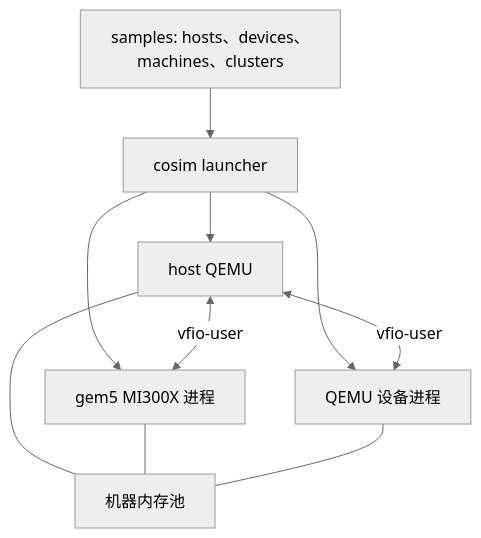
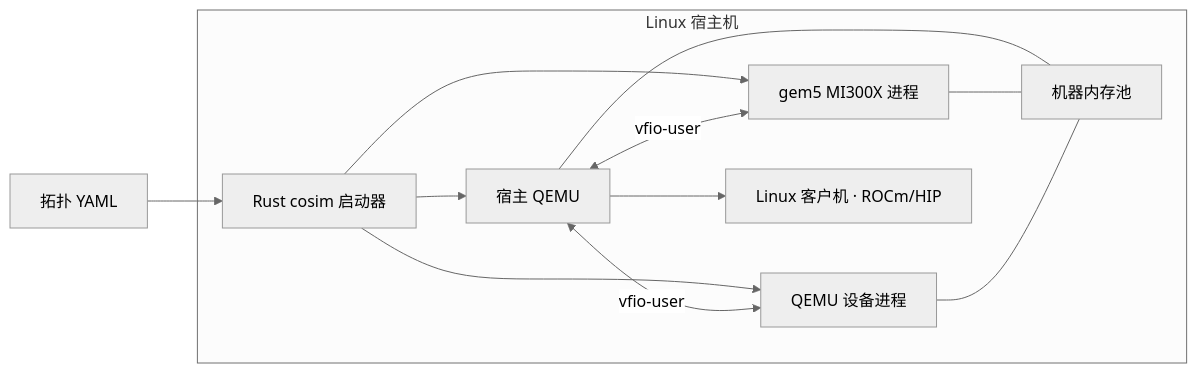
The diagram in README.zh.md (chengchen512/cosim-gpu), drawn with Mermaid (neutral theme) before and after one commit. The commit also changed other lines of this file and 1 other file, not shown here.

````diff
--- a/README.zh.md
+++ b/README.zh.md
@@ -9,12 +32,16 @@
-```mermaid
-flowchart TD
-    YAML[samples: hosts、devices、machines、clusters] --> CLI[cosim launcher]
-    CLI --> H[host QEMU]
-    CLI --> G[gem5 MI300X 进程]
-    CLI --> Q[QEMU 设备进程]
-    H <-->|vfio-user| G
-    H <-->|vfio-user| Q
-    H --- P[机器内存池]
-    G --- P
-    Q --- P
-```
+~~~mermaid
+flowchart LR
+    YAML[拓扑 YAML] --> CLI[Rust cosim 启动器]
+
+    subgraph Linux 宿主机
+        CLI --> H[宿主 QEMU]
+        CLI --> G[gem5 MI300X 进程]
+        CLI --> Q[QEMU 设备进程]
+        H <-->|vfio-user| G
+        H <-->|vfio-user| Q
+        H --- P[机器内存池]
+        G --- P
+        Q --- P
+        H --> Guest[Linux 客户机 · ROCm/HIP]
+    end
+~~~
````
